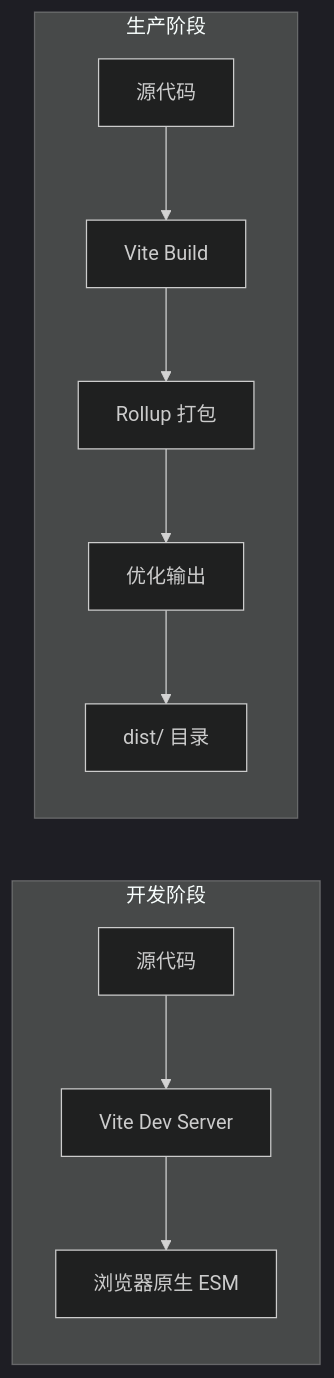
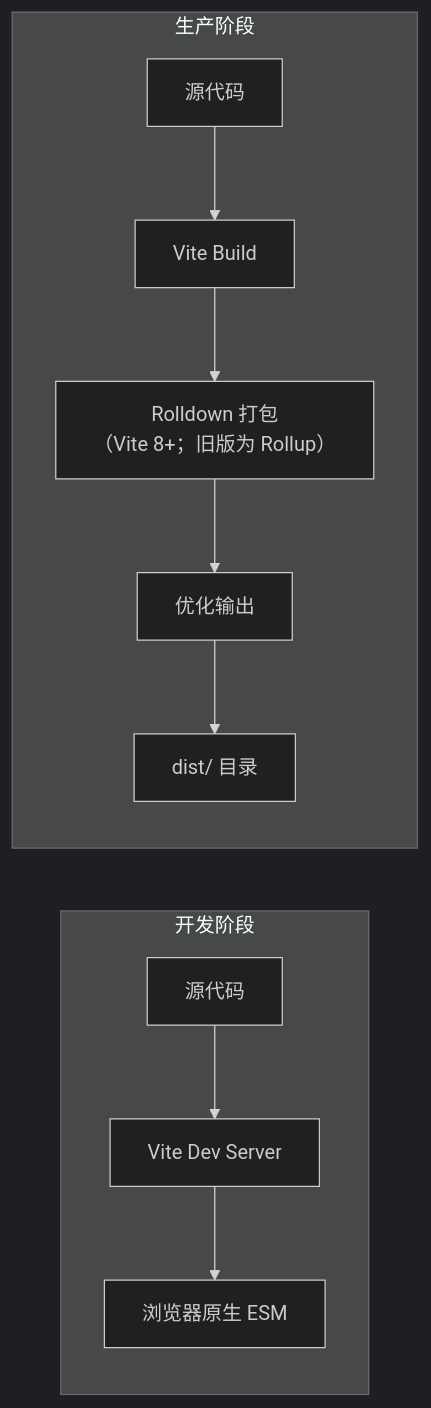
Before and after one commit to before80/prgms: the first of 3 diagrams in content/Js/tools/build/vite/Chapter-12-Production-Build-Optimization.md, drawn with Mermaid (dark theme). The commit also changed other lines of this file and 4787 other files, not shown here.

````diff
--- a/content/Js/tools/build/vite/Chapter-12-Production-Build-Optimization.md
+++ b/content/Js/tools/build/vite/Chapter-12-Production-Build-Optimization.md
@@ -41,14 +40,14 @@
 ```mermaid
 flowchart LR
     subgraph 开发阶段
         A1[源代码] --> B1[Vite Dev Server]
         B1 --> C1[浏览器原生 ESM]
     end
     
     subgraph 生产阶段
         A2[源代码] --> B2[Vite Build]
-        B2 --> C2[Rollup 打包]
+        B2 --> C2[Rolldown 打包<br/>（Vite 8+；旧版为 Rollup）]
         C2 --> D2[优化输出]
         D2 --> E2[dist/ 目录]
     end
 ```
````
